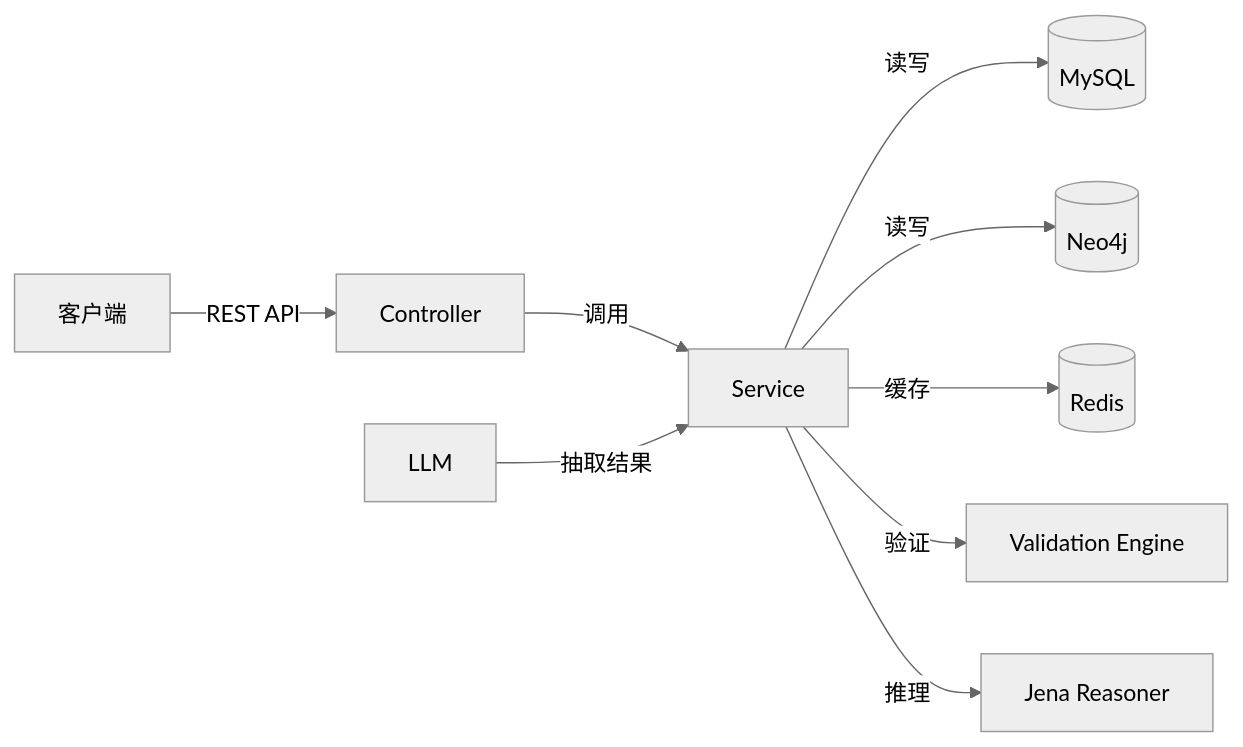
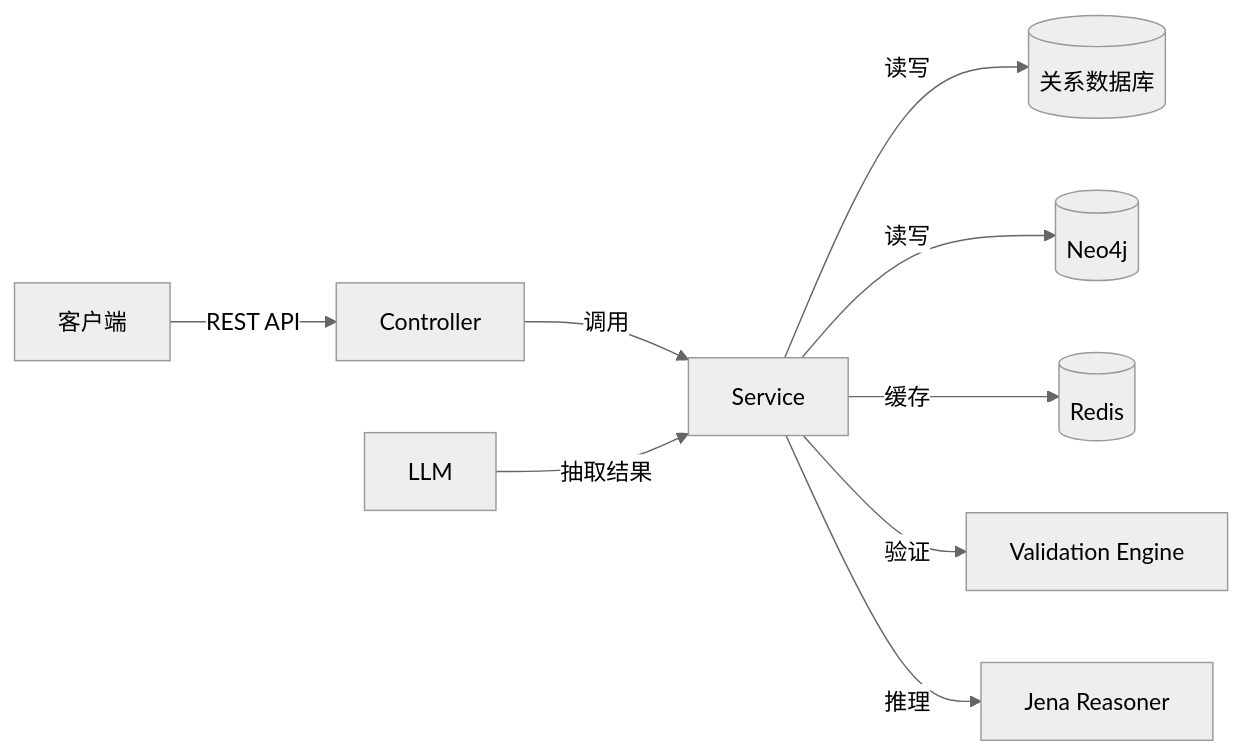
One commit to joezxh/graphiti-java changed the third of 6 diagrams in docs/training/ontology-training-guide.md. Above: the diagram before and after it, drawn with Mermaid (neutral theme). The commit also changed other lines of this file and 41 other files, not shown here.

````diff
--- a/docs/training/ontology-training-guide.md
+++ b/docs/training/ontology-training-guide.md
@@ -1745,12 +2944,12 @@
 ```mermaid
 flowchart LR
     A[客户端] -->|REST API| B[Controller]
     B -->|调用| C[Service]
-    C -->|读写| D[(MySQL)]
+    C -->|读写| D[(关系数据库)]
     C -->|读写| E[(Neo4j)]
     C -->|缓存| F[(Redis)]
     
     G[LLM] -->|抽取结果| C
     C -->|验证| H[Validation Engine]
     C -->|推理| I[Jena Reasoner]
 ```
````
